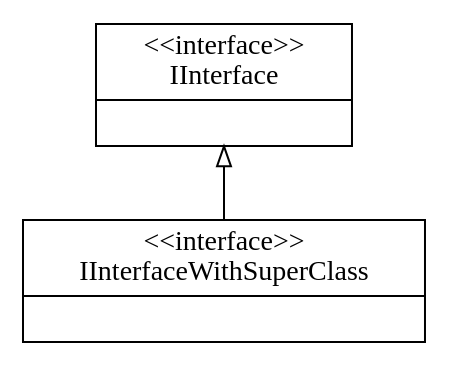
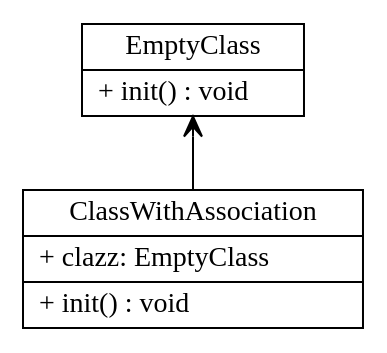
The diagram in input_output/test.gv (tpunt3/Csse374), drawn with Graphviz before and after one commit. The commit also changed 12 other files, not shown here.

```diff
--- a/input_output/test.gv
+++ b/input_output/test.gv
@@ -1,15 +1,15 @@
 digraph model{
 rankdir = BT;
-IInterfaceWithSuperClass [
+ClassWithAssociation [
 shape="record",
-label = "{\<\<interface\>\>\nIInterfaceWithSuperClass| }"
+label = "{ClassWithAssociation| + clazz: EmptyClass\l|+ init() : void\l}"
 ];
 
-IInterface [
+EmptyClass [
 shape="record",
-label = "{\<\<interface\>\>\nIInterface| }"
+label = "{EmptyClass| + init() : void\l}"
 ];
 
 //writing relations between classes now
-IInterfaceWithSuperClass -> IInterface [arrowhead = "empty"];
+ClassWithAssociation -> EmptyClass [arrowhead = "vee"];
 }
```
